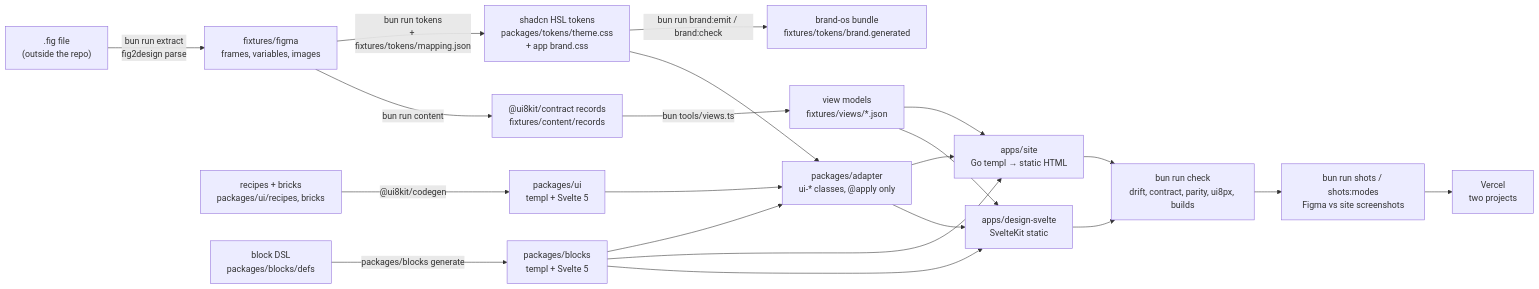
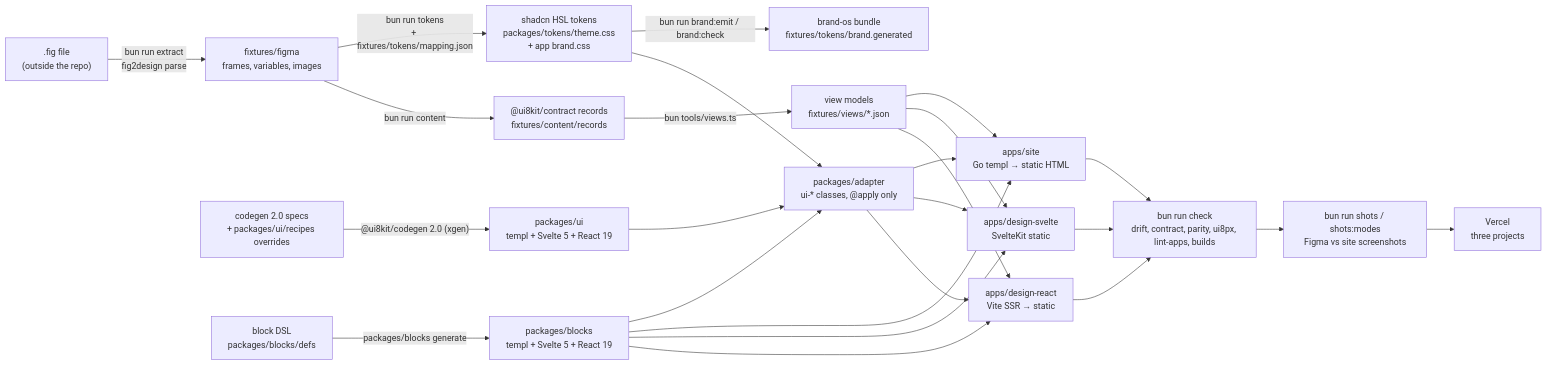
The diagram in README.md (ui8kit/saas-design), drawn with Mermaid before and after one commit. The commit also changed other lines of this file and 23 other files, not shown here.

First line of the commit message:
docs: codegen 2.0 + three apps; ordered lessons in docs/learn; status

````diff
--- a/README.md
+++ b/README.md
@@ -31,23 +36,27 @@
 ```mermaid
 flowchart LR
   fig[".fig file<br/>(outside the repo)"] -->|"bun run extract<br/>fig2design parse"| figma["fixtures/figma<br/>frames, variables, images"]
   figma -->|"bun run tokens<br/>+ fixtures/tokens/mapping.json"| tokens["shadcn HSL tokens<br/>packages/tokens/theme.css<br/>+ app brand.css"]
   tokens -->|"bun run brand:emit / brand:check"| brandos["brand-os bundle<br/>fixtures/tokens/brand.generated"]
   figma -->|"bun run content"| records["@ui8kit/contract records<br/>fixtures/content/records"]
   records -->|"bun tools/views.ts"| views["view models<br/>fixtures/views/*.json"]
-  recipes["recipes + bricks<br/>packages/ui/recipes, bricks"] -->|"@ui8kit/codegen"| ui["packages/ui<br/>templ + Svelte 5"]
+  recipes["codegen 2.0 specs<br/>+ packages/ui/recipes overrides"] -->|"@ui8kit/codegen 2.0 (xgen)"| ui["packages/ui<br/>templ + Svelte 5 + React 19"]
   ui --> adapter["packages/adapter<br/>ui-* classes, @apply only"]
-  defs["block DSL<br/>packages/blocks/defs"] -->|"packages/blocks generate"| blocks["packages/blocks<br/>templ + Svelte 5"]
+  defs["block DSL<br/>packages/blocks/defs"] -->|"packages/blocks generate"| blocks["packages/blocks<br/>templ + Svelte 5 + React 19"]
   blocks --> adapter
   tokens --> adapter
   views --> site["apps/site<br/>Go templ → static HTML"]
   views --> design["apps/design-svelte<br/>SvelteKit static"]
+  views --> designr["apps/design-react<br/>Vite SSR → static"]
   blocks --> site
   blocks --> design
+  blocks --> designr
   adapter --> site
   adapter --> design
-  site --> check["bun run check<br/>drift, contract, parity, ui8px, builds"]
+  adapter --> designr
+  site --> check["bun run check<br/>drift, contract, parity, ui8px, lint-apps, builds"]
   design --> check
+  designr --> check
   check --> shots["bun run shots / shots:modes<br/>Figma vs site screenshots"]
-  shots --> vercel["Vercel<br/>two projects"]
+  shots --> vercel["Vercel<br/>three projects"]
 ```
````
